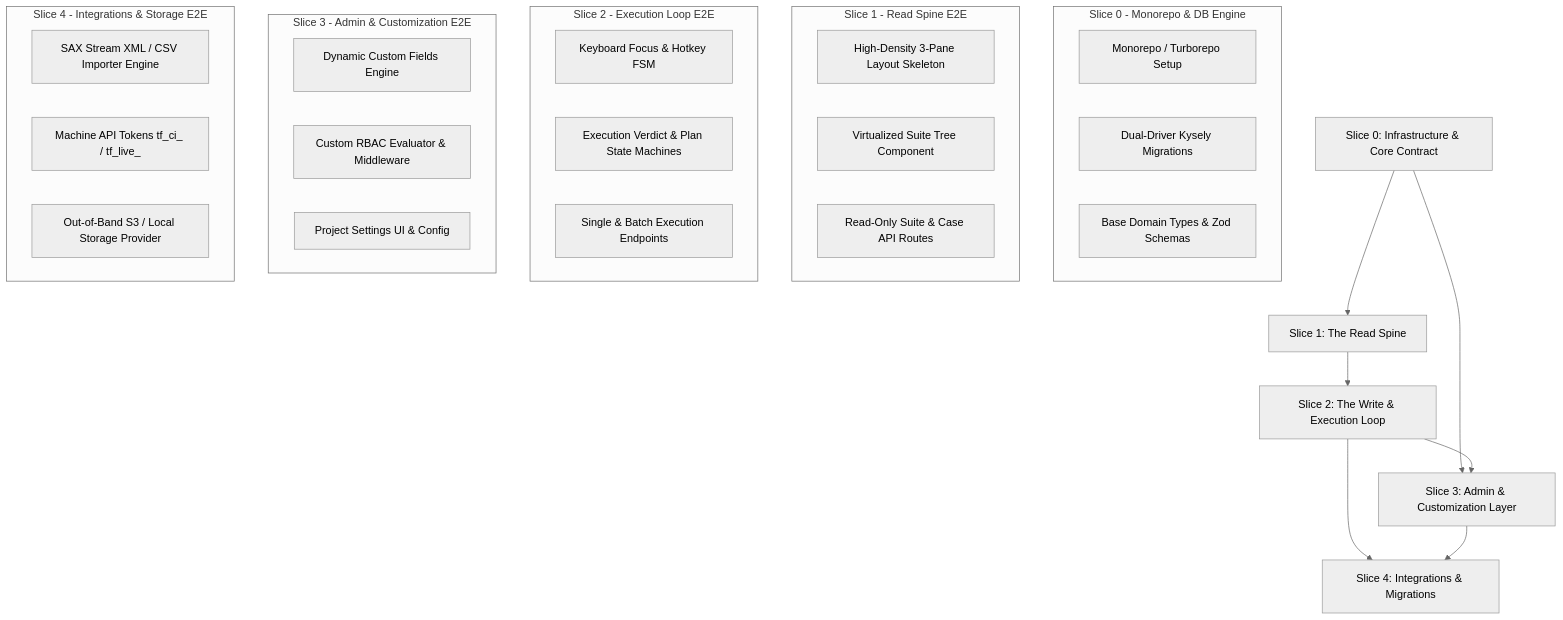
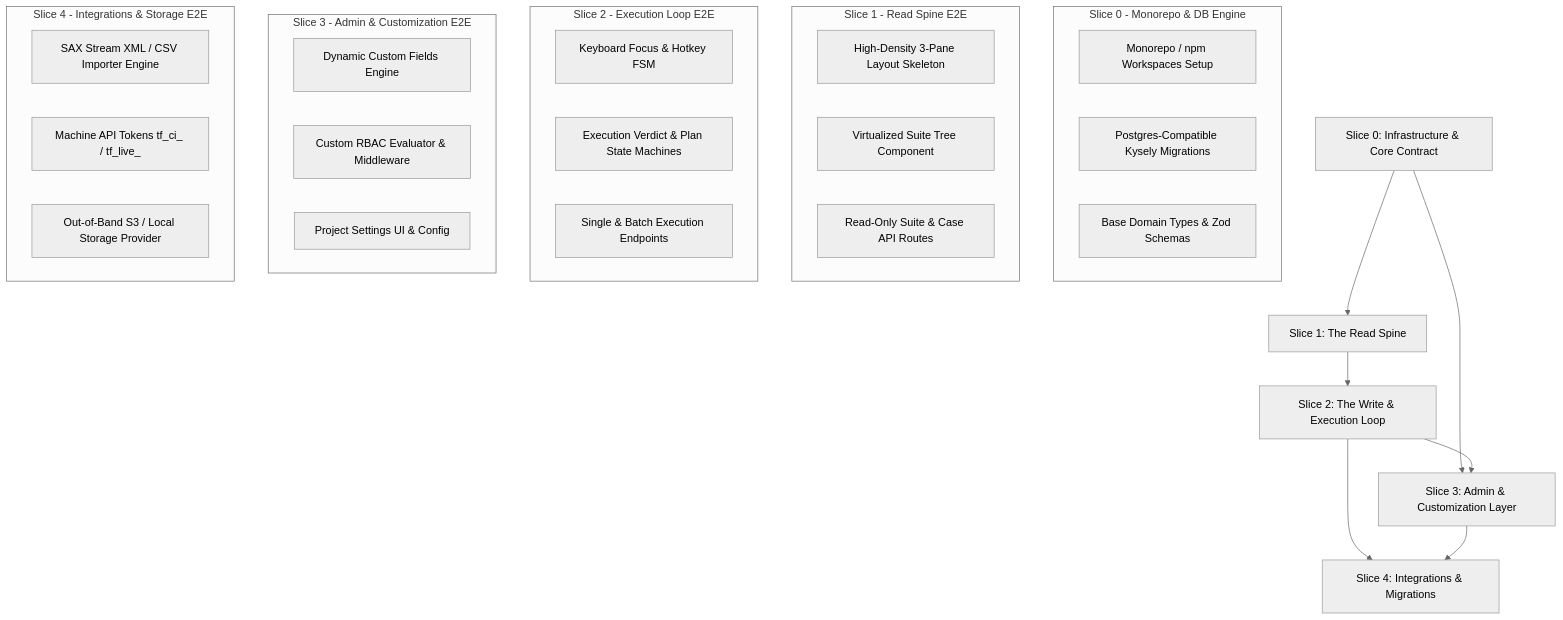
One commit to ElliotNewtonMiller/Testify changed the diagram in docs/01_vertical_slices_roadmap.md. Above: the diagram before and after it, drawn with Mermaid (neutral theme). The commit also changed other lines of this file and 4 other files, not shown here.

````diff
--- a/docs/01_vertical_slices_roadmap.md
+++ b/docs/01_vertical_slices_roadmap.md
@@ -26,39 +26,39 @@
 ```mermaid
 flowchart TD
     S0[Slice 0: Infrastructure & Core Contract] --> S1[Slice 1: The Read Spine]
     S1 --> S2[Slice 2: The Write & Execution Loop]
     S0 --> S3[Slice 3: Admin & Customization Layer]
     S2 --> S3
     S2 --> S4[Slice 4: Integrations & Migrations]
     S3 --> S4
 
     subgraph SLICE_0 [Slice 0 - Monorepo & DB Engine]
-        S0_1[Monorepo / Turborepo Setup]
-        S0_2[Dual-Driver Kysely Migrations]
+        S0_1[Monorepo / npm Workspaces Setup]
+        S0_2[Postgres-Compatible Kysely Migrations]
         S0_3[Base Domain Types & Zod Schemas]
     end
 
     subgraph SLICE_1 [Slice 1 - Read Spine E2E]
         S1_1[High-Density 3-Pane Layout Skeleton]
         S1_2[Virtualized Suite Tree Component]
         S1_3[Read-Only Suite & Case API Routes]
     end
 
     subgraph SLICE_2 [Slice 2 - Execution Loop E2E]
         S2_1[Keyboard Focus & Hotkey FSM]
         S2_2[Execution Verdict & Plan State Machines]
         S2_3[Single & Batch Execution Endpoints]
     end
 
     subgraph SLICE_3 [Slice 3 - Admin & Customization E2E]
         S3_1[Dynamic Custom Fields Engine]
         S3_2[Custom RBAC Evaluator & Middleware]
         S3_3[Project Settings UI & Config]
     end
 
     subgraph SLICE_4 [Slice 4 - Integrations & Storage E2E]
         S4_1[SAX Stream XML / CSV Importer Engine]
         S4_2[Machine API Tokens tf_ci_ / tf_live_]
         S4_3[Out-of-Band S3 / Local Storage Provider]
     end
 ```
````
